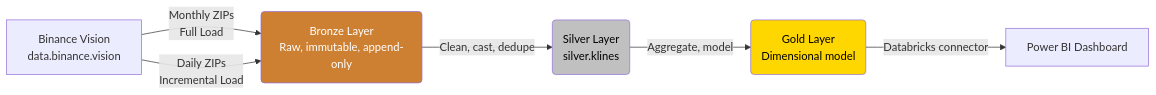
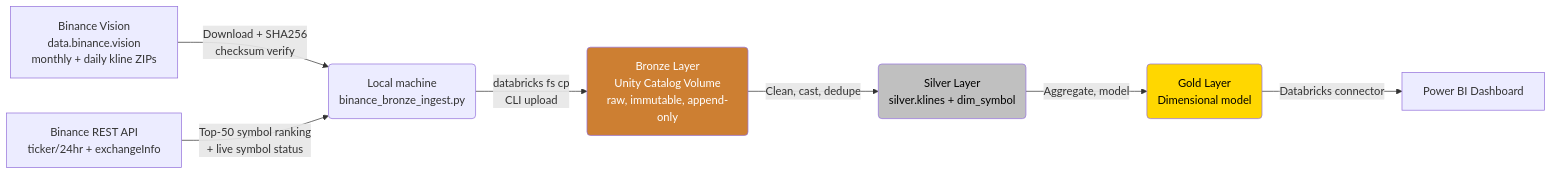
The diagram in README.md (x-abdullah-saeed-x/CryptoLens), drawn with Mermaid before and after one commit. The commit also changed other lines of this file, not shown here.

````diff
--- a/README.md
+++ b/README.md
@@ -31,12 +31,13 @@
 ```mermaid
 flowchart LR
-    A[Binance Vision<br/>data.binance.vision] -->|Monthly ZIPs<br/>Full Load| B(Bronze Layer<br/>Raw, immutable, append-only)
-    A -->|Daily ZIPs<br/>Incremental Load| B
-    B -->|Clean, cast, dedupe| C(Silver Layer<br/>silver.klines)
+    A[Binance Vision<br/>data.binance.vision<br/>monthly + daily kline ZIPs] -->|Download + SHA256<br/>checksum verify| L(Local machine<br/>binance_bronze_ingest.py)
+    X[Binance REST API<br/>ticker/24hr + exchangeInfo] -->|Top-50 symbol ranking<br/>+ live symbol status| L
+    L -->|databricks fs cp<br/>CLI upload| B(Bronze Layer<br/>Unity Catalog Volume<br/>raw, immutable, append-only)
+    B -->|Clean, cast, dedupe| C(Silver Layer<br/>silver.klines + dim_symbol)
     C -->|Aggregate, model| D(Gold Layer<br/>Dimensional model)
     D -->|Databricks connector| E[Power BI Dashboard]
 
     style B fill:#cd7f32,color:#fff
     style C fill:#c0c0c0,color:#000
     style D fill:#ffd700,color:#000
 ```
````
